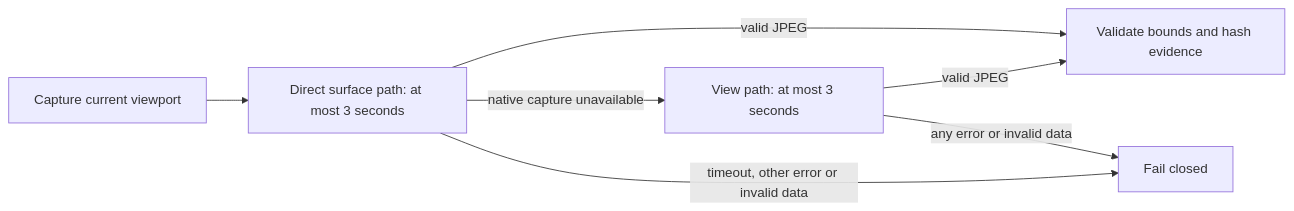
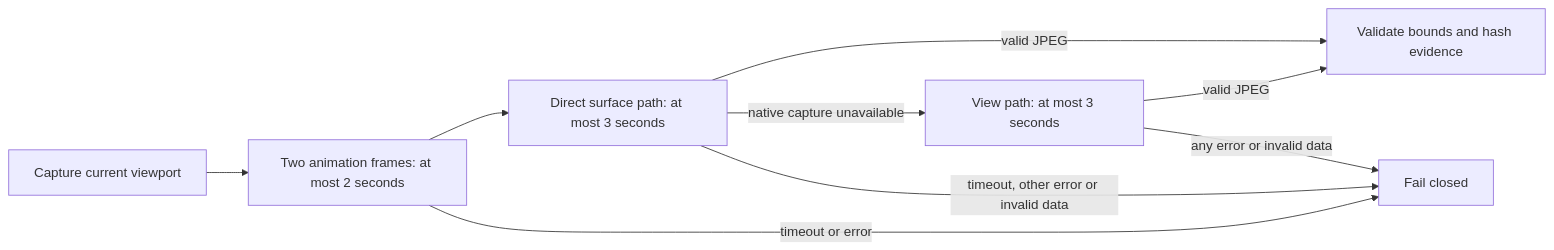
One commit to kieransimkin/potbot changed the diagram in docs/implementation/u00-roadmap-inventory.md. Above: the diagram before and after it, drawn with Mermaid. The commit also changed other lines of this file and 3 other files, not shown here.

````diff
--- a/docs/implementation/u00-roadmap-inventory.md
+++ b/docs/implementation/u00-roadmap-inventory.md
@@ -156,9 +156,11 @@
 ```mermaid
 flowchart LR
-    A[Capture current viewport] --> B[Direct surface path: at most 3 seconds]
+    A[Capture current viewport] --> R[Two animation frames: at most 2 seconds]
+    R --> B[Direct surface path: at most 3 seconds]
+    R -->|timeout or error| E[Fail closed]
     B -->|valid JPEG| D[Validate bounds and hash evidence]
     B -->|native capture unavailable| C[View path: at most 3 seconds]
     C -->|valid JPEG| D
-    B -->|timeout, other error or invalid data| E[Fail closed]
+    B -->|timeout, other error or invalid data| E
     C -->|any error or invalid data| E
 ```
````
